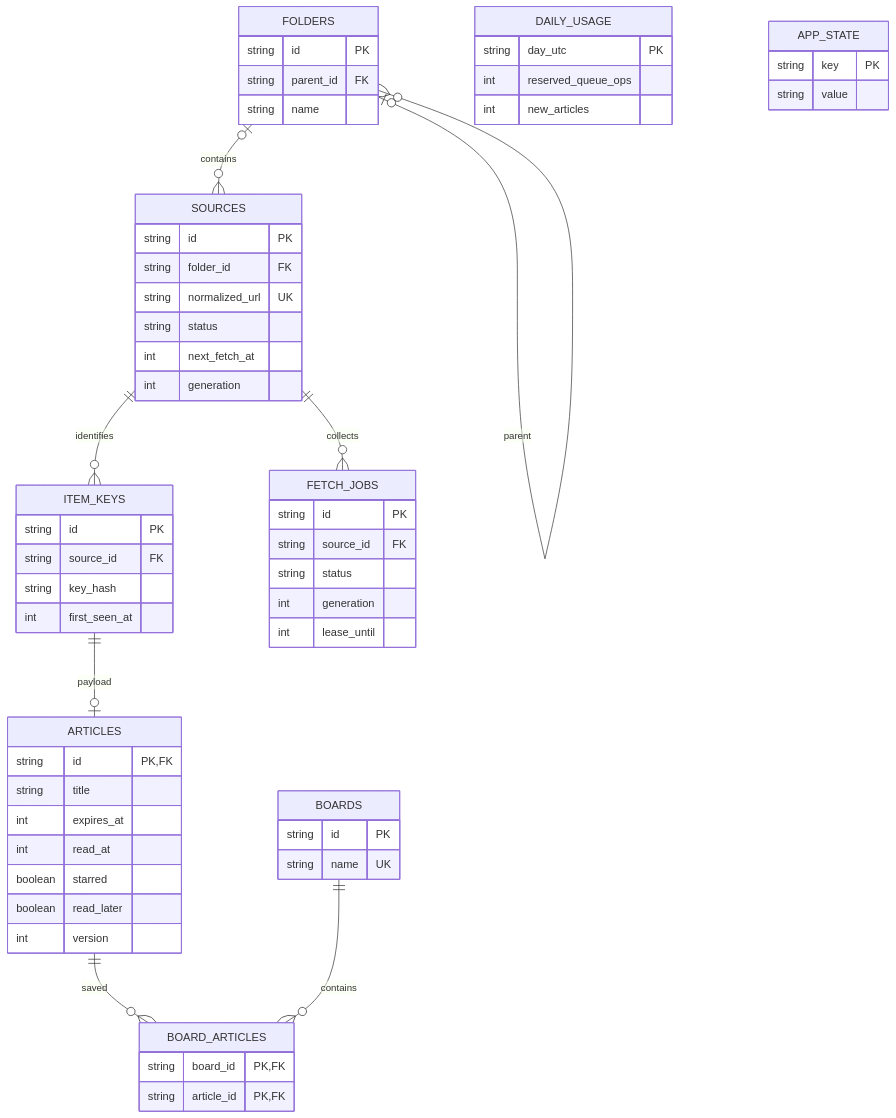
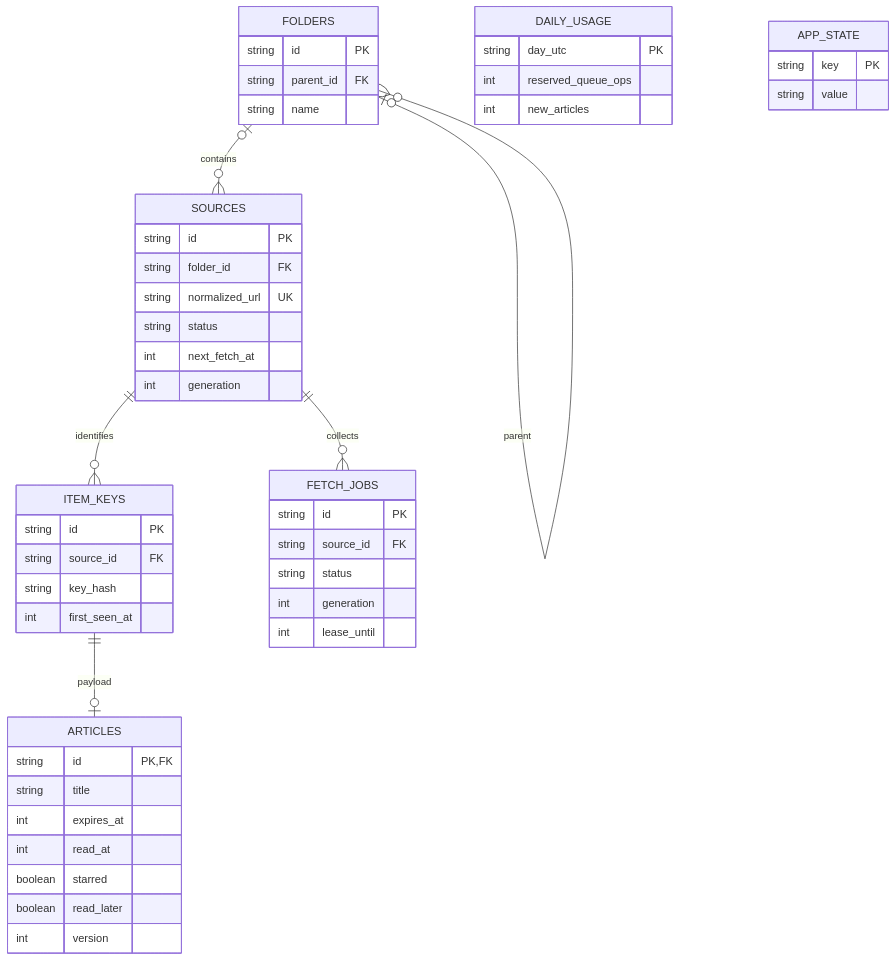
Before and after one commit to moz-sec/tayori: the diagram in docs/diagrams/er.mmd, drawn with Mermaid. The commit also changed 14 other files, not shown here.

```diff
--- a/docs/diagrams/er.mmd
+++ b/docs/diagrams/er.mmd
@@ -1,60 +1,50 @@
 erDiagram
     FOLDERS o|--o{ FOLDERS : parent
     FOLDERS o|--o{ SOURCES : contains
     SOURCES ||--o{ ITEM_KEYS : identifies
     ITEM_KEYS ||--o| ARTICLES : payload
-    ARTICLES ||--o{ BOARD_ARTICLES : saved
-    BOARDS ||--o{ BOARD_ARTICLES : contains
     SOURCES ||--o{ FETCH_JOBS : collects
     FOLDERS {
         string id PK
         string parent_id FK
         string name
     }
     SOURCES {
         string id PK
         string folder_id FK
         string normalized_url UK
         string status
         int next_fetch_at
         int generation
     }
     ITEM_KEYS {
         string id PK
         string source_id FK
         string key_hash
         int first_seen_at
     }
     ARTICLES {
         string id PK, FK
         string title
         int expires_at
         int read_at
         boolean starred
         boolean read_later
         int version
     }
-    BOARDS {
-        string id PK
-        string name UK
-    }
-    BOARD_ARTICLES {
-        string board_id PK, FK
-        string article_id PK, FK
-    }
     FETCH_JOBS {
         string id PK
         string source_id FK
         string status
         int generation
         int lease_until
     }
     DAILY_USAGE {
         string day_utc PK
         int reserved_queue_ops
         int new_articles
     }
     APP_STATE {
         string key PK
         string value
     }
```
